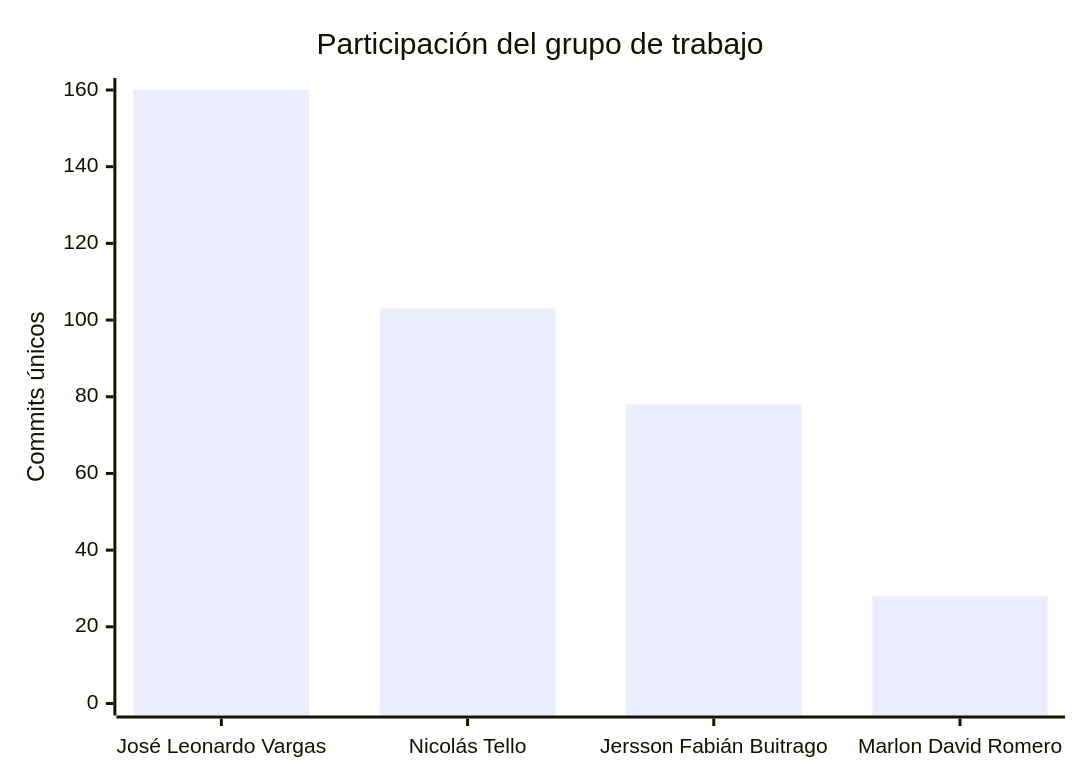
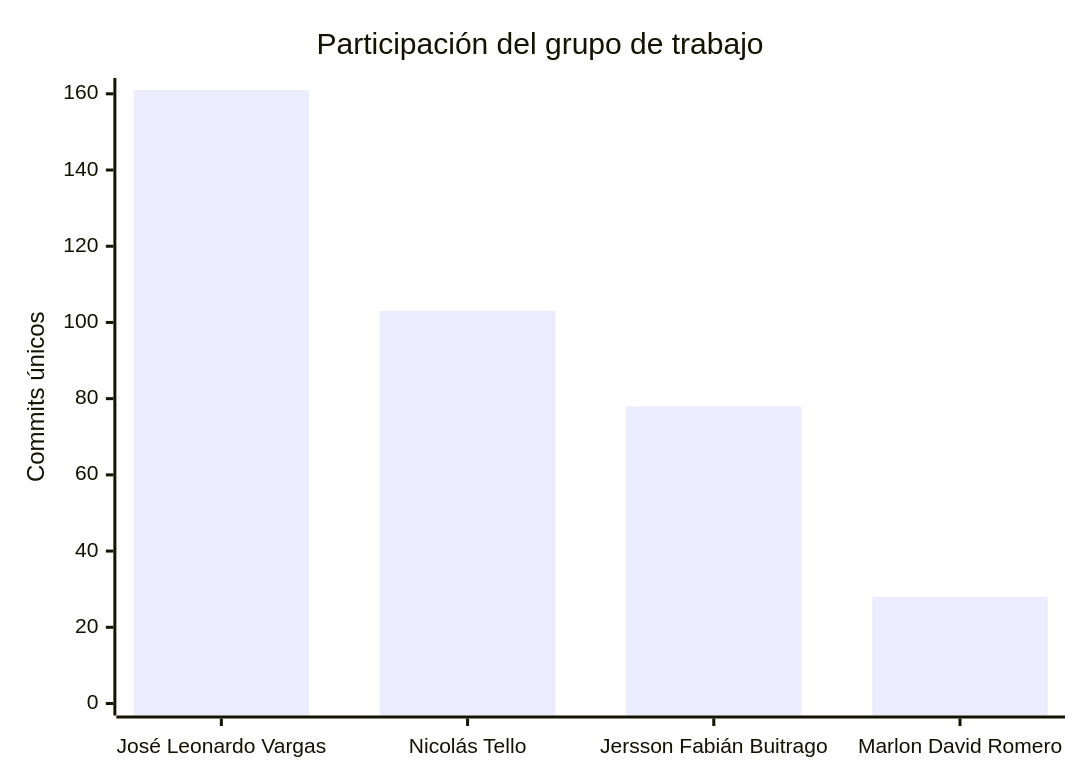
The second of 2 diagrams in README.md (FarmaExpres/FarmaExpres), drawn with Mermaid before and after one commit. The commit also changed other lines of this file and 1 other file, not shown here.

````diff
--- a/README.md
+++ b/README.md
@@ -401,7 +401,7 @@
 ```mermaid
 xychart-beta
     title "Participación del grupo de trabajo"
     x-axis ["José Leonardo Vargas", "Nicolás Tello", "Jersson Fabián Buitrago", "Marlon David Romero"]
-    y-axis "Commits únicos" 0 --> 160
-    bar [160, 103, 78, 28]
+    y-axis "Commits únicos" 0 --> 161
+    bar [161, 103, 78, 28]
 ```
````
